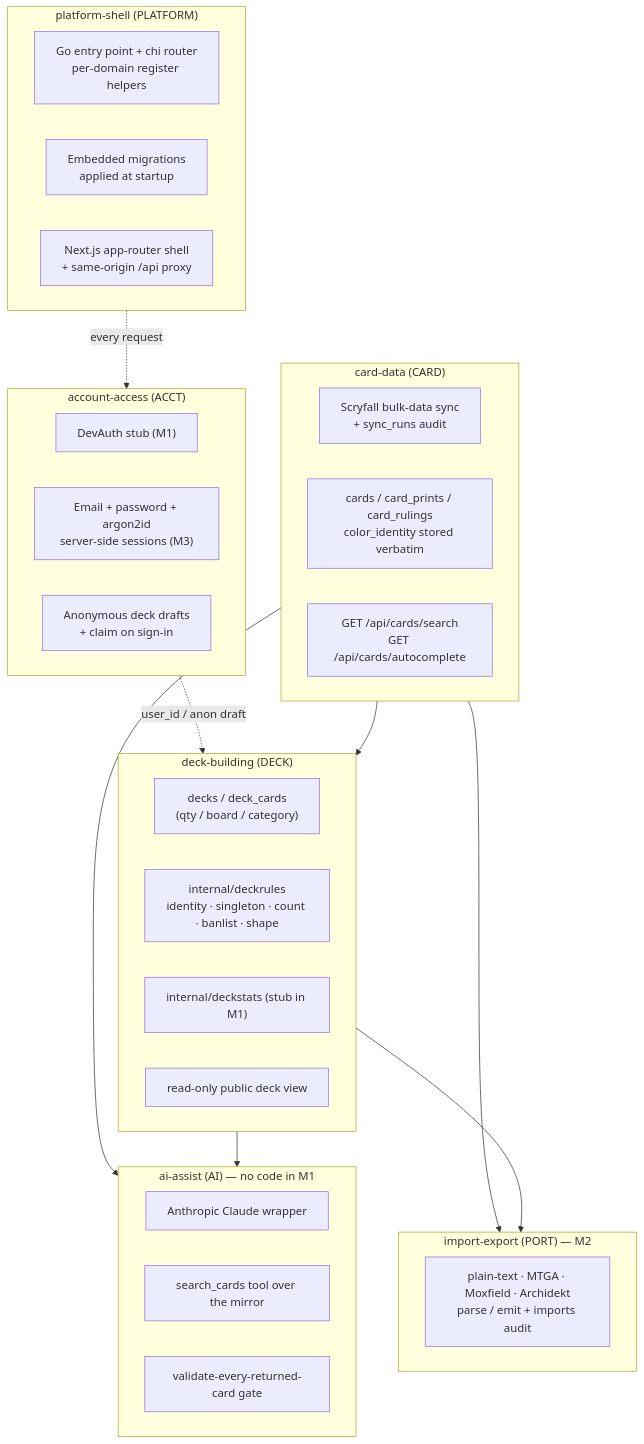
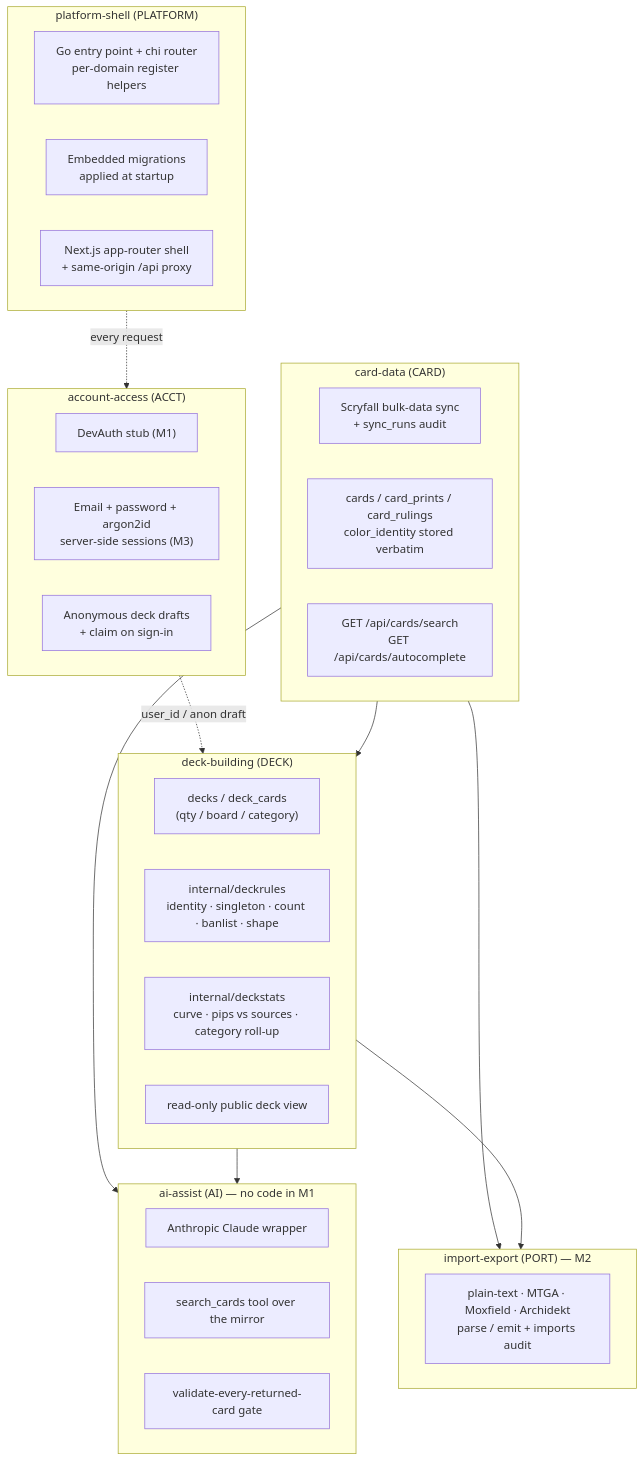
One commit to Sushi-Senpai/Manafold changed the diagram in docs/high-level-design.md. Above: the diagram before and after it, drawn with Mermaid. The commit also changed other lines of this file and 3 other files, not shown here.

Commit message:
no-mistakes(document): sync stale deckstats/M2 docs and fix stats-panel effect lint

````diff
--- a/docs/high-level-design.md
+++ b/docs/high-level-design.md
@@ -123,46 +123,46 @@
 ```mermaid
 flowchart TB
     subgraph platform["platform-shell (PLATFORM)"]
         direction LR
         entry["Go entry point + chi router<br/>per-domain register helpers"]
         migrate["Embedded migrations<br/>applied at startup"]
         proxy["Next.js app-router shell<br/>+ same-origin /api proxy"]
     end
 
     subgraph access["account-access (ACCT)"]
         devauth["DevAuth stub (M1)"]
         login["Email + password + argon2id<br/>server-side sessions (M3)"]
         drafts["Anonymous deck drafts<br/>+ claim on sign-in"]
     end
 
     subgraph card["card-data (CARD)"]
         sync["Scryfall bulk-data sync<br/>+ sync_runs audit"]
         mirror["cards / card_prints / card_rulings<br/>color_identity stored verbatim"]
         search["GET /api/cards/search<br/>GET /api/cards/autocomplete"]
     end
 
     subgraph deck["deck-building (DECK)"]
         decks["decks / deck_cards<br/>(qty / board / category)"]
         rules["internal/deckrules<br/>identity · singleton · count · banlist · shape"]
-        stats["internal/deckstats (stub in M1)"]
+        stats["internal/deckstats<br/>curve · pips vs sources · category roll-up"]
         share["read-only public deck view"]
     end
 
     subgraph ai["ai-assist (AI) — no code in M1"]
         client["Anthropic Claude wrapper"]
         tool["search_cards tool over the mirror"]
         gate["validate-every-returned-card gate"]
     end
 
     subgraph port["import-export (PORT) — M2"]
         parse["plain-text · MTGA · Moxfield · Archidekt<br/>parse / emit + imports audit"]
     end
 
     platform -. every request .-> access
     access -. user_id / anon draft .-> deck
     card --> deck
     card --> port
     card --> ai
     deck --> ai
     deck --> port
 ```
````
